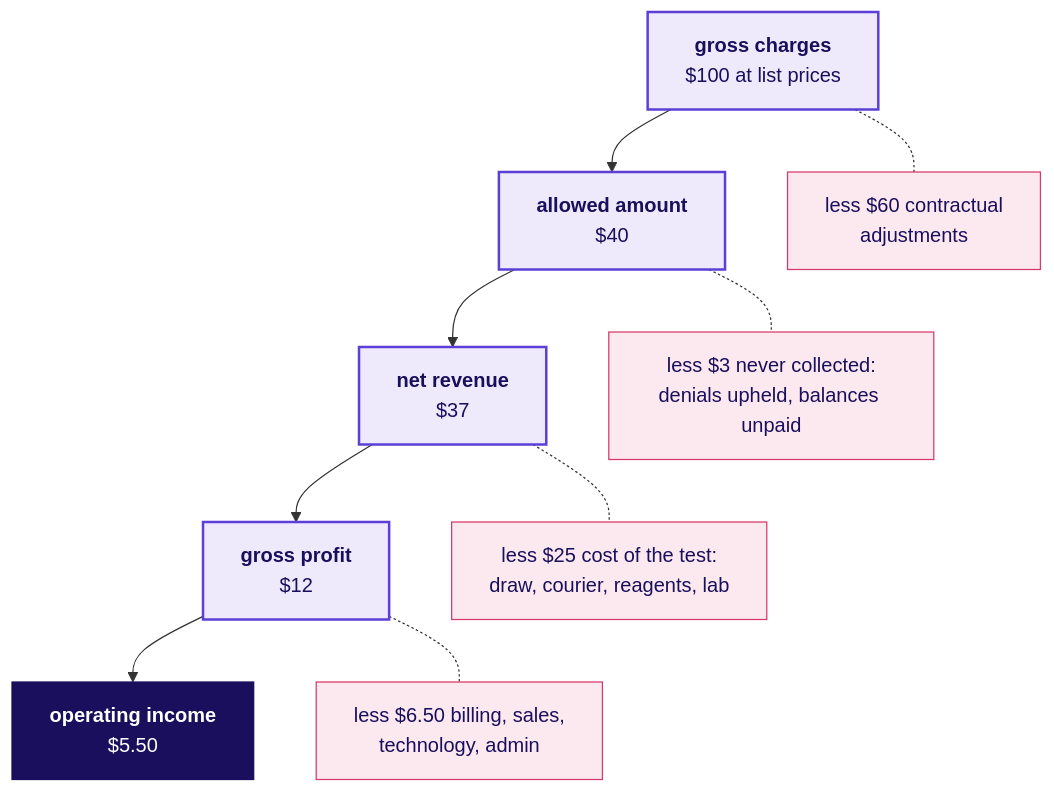
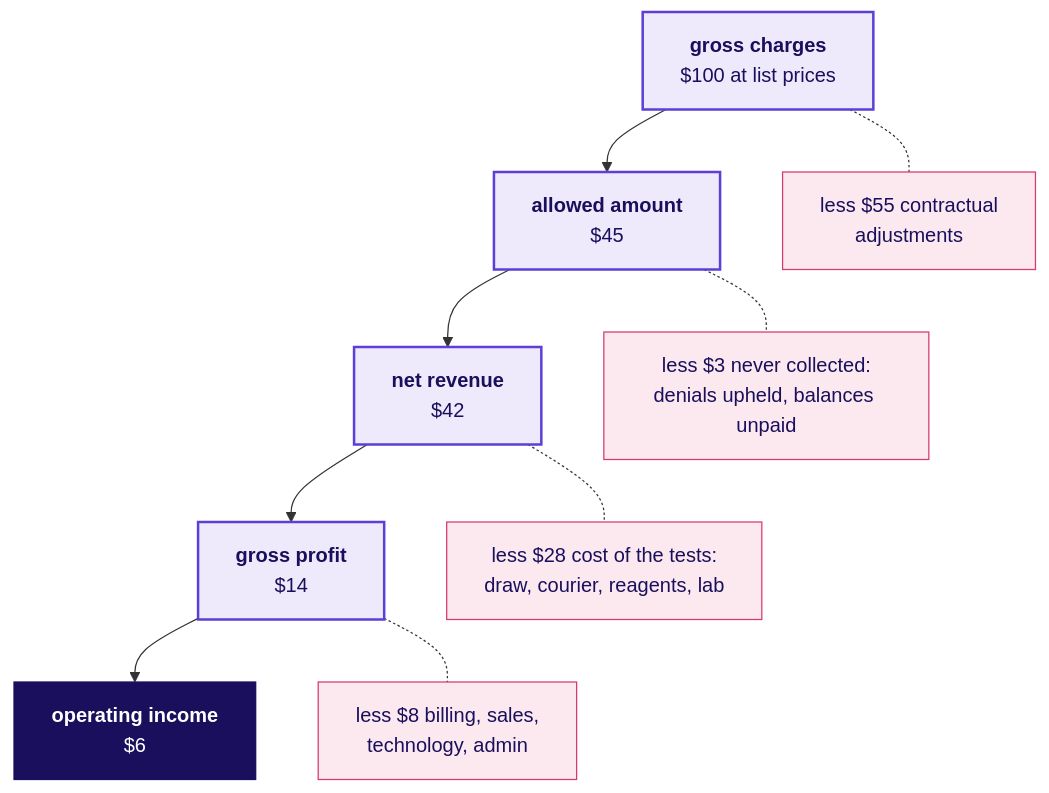
The second of 5 diagrams in content/W03/D1/study-notes/C2_W03_D01_domain_us_healthcare_STUDENT.md (fde-academy-lab/c2-content-factory), drawn with Mermaid before and after one commit. The commit also changed other lines of this file, not shown here.

````diff
--- a/content/W03/D1/study-notes/C2_W03_D01_domain_us_healthcare_STUDENT.md
+++ b/content/W03/D1/study-notes/C2_W03_D01_domain_us_healthcare_STUDENT.md
@@ -117,17 +123,17 @@
 ```mermaid
 flowchart TB
-    G["<b>gross charges</b><br/>$100 at list prices"] --> A["<b>allowed amount</b><br/>$40"]
-    G -.- X1["less $60 contractual<br/>adjustments"]
-    A --> N["<b>net revenue</b><br/>$37"]
+    G["<b>gross charges</b><br/>$100 at list prices"] --> A["<b>allowed amount</b><br/>$45"]
+    G -.- X1["less $55 contractual<br/>adjustments"]
+    A --> N["<b>net revenue</b><br/>$42"]
     A -.- X2["less $3 never collected:<br/>denials upheld, balances unpaid"]
-    N --> M["<b>gross profit</b><br/>$12"]
-    N -.- X3["less $25 cost of the test:<br/>draw, courier, reagents, lab"]
-    M --> O["<b>operating income</b><br/>$5.50"]
-    M -.- X4["less $6.50 billing, sales,<br/>technology, admin"]
+    N --> M["<b>gross profit</b><br/>$14"]
+    N -.- X3["less $28 cost of the tests:<br/>draw, courier, reagents, lab"]
+    M --> O["<b>operating income</b><br/>$6"]
+    M -.- X4["less $8 billing, sales,<br/>technology, admin"]
     classDef known fill:#EEEAFB,stroke:#5B3FD6,color:#1A0F5C,stroke-width:2px
     classDef bad fill:#FBE9EF,stroke:#D63A6A,color:#1A0F5C
     classDef dark fill:#1A0F5C,stroke:#1A0F5C,color:#FFFFFF
     class G,A,N,M known
     class X1,X2,X3,X4 bad
     class O dark
 ```
````
